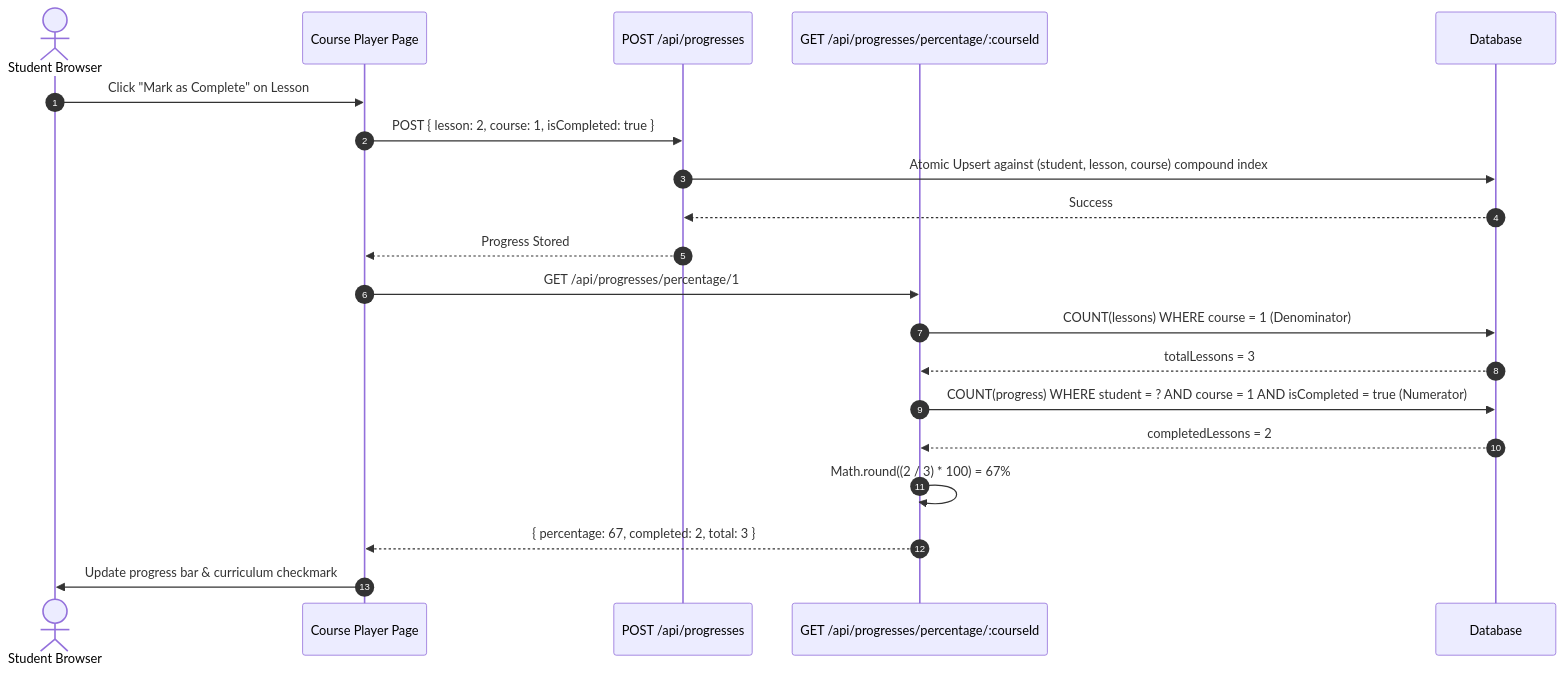
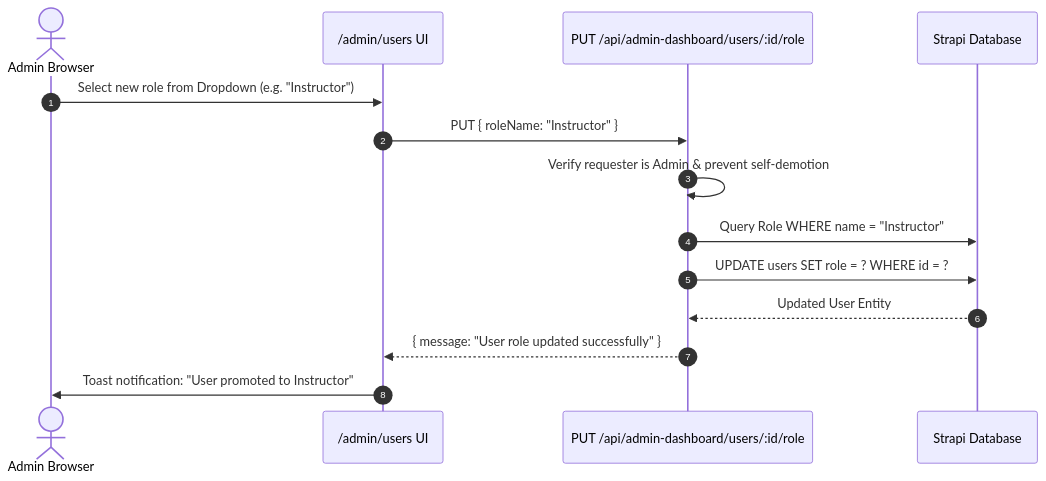
Before and after one commit to mkamrul9/LMS-strapi: the fifth of 7 diagrams in ARCHITECTURE.md, drawn with Mermaid. The commit also changed other lines of this file, not shown here.

Commit message:
docs: enrich ARCHITECTURE.md with line-by-line code breakdowns, backend RBAC enforcement, and flow diagrams

````diff
--- a/ARCHITECTURE.md
+++ b/ARCHITECTURE.md
@@ -229,24 +434,17 @@
 ```mermaid
 sequenceDiagram
     autonumber
-    actor Student as Student Browser
-    participant CoursePage as Course Player Page
-    participant ProgressAPI as POST /api/progresses
-    participant PercentageAPI as GET /api/progresses/percentage/:courseId
-    participant DB as Database
+    actor Admin as Admin Browser
+    participant AdminUI as /admin/users UI
+    participant AdminAPI as PUT /api/admin-dashboard/users/:id/role
+    participant DB as Strapi Database
 
-    Student->>CoursePage: Click "Mark as Complete" on Lesson #2
-    CoursePage->>ProgressAPI: POST { lesson: 2, course: 1, isCompleted: true }
-    ProgressAPI->>DB: Atomic Upsert against (student, lesson, course) compound index
-    DB-->>ProgressAPI: Success
-    ProgressAPI-->>CoursePage: Progress Stored
-
-    CoursePage->>PercentageAPI: GET /api/progresses/percentage/1
-    PercentageAPI->>DB: COUNT(lessons) WHERE course = 1 (Denominator)
-    DB-->>PercentageAPI: totalLessons = 3
-    PercentageAPI->>DB: COUNT(progress) WHERE student = ? AND course = 1 AND isCompleted = true (Numerator)
-    DB-->>PercentageAPI: completedLessons = 2
-    PercentageAPI->>PercentageAPI: Math.round((2 / 3) * 100) = 67%
-    PercentageAPI-->>CoursePage: { percentage: 67, completed: 2, total: 3 }
-    CoursePage->>Student: Update progress bar & curriculum checkmark
+    Admin->>AdminUI: Select new role from Dropdown (e.g. "Instructor")
+    AdminUI->>AdminAPI: PUT { roleName: "Instructor" }
+    AdminAPI->>AdminAPI: Verify requester is Admin & prevent self-demotion
+    AdminAPI->>DB: Query Role WHERE name = "Instructor"
+    AdminAPI->>DB: UPDATE users SET role = ? WHERE id = ?
+    DB-->>AdminAPI: Updated User Entity
+    AdminAPI-->>AdminUI: { message: "User role updated successfully" }
+    AdminUI->>Admin: Toast notification: "User promoted to Instructor"
 ```
````
